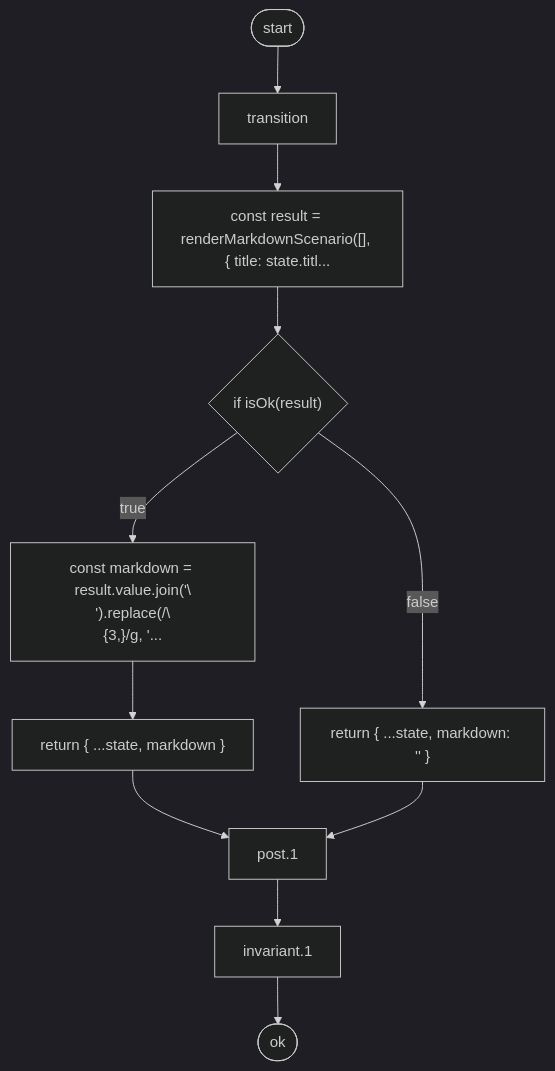
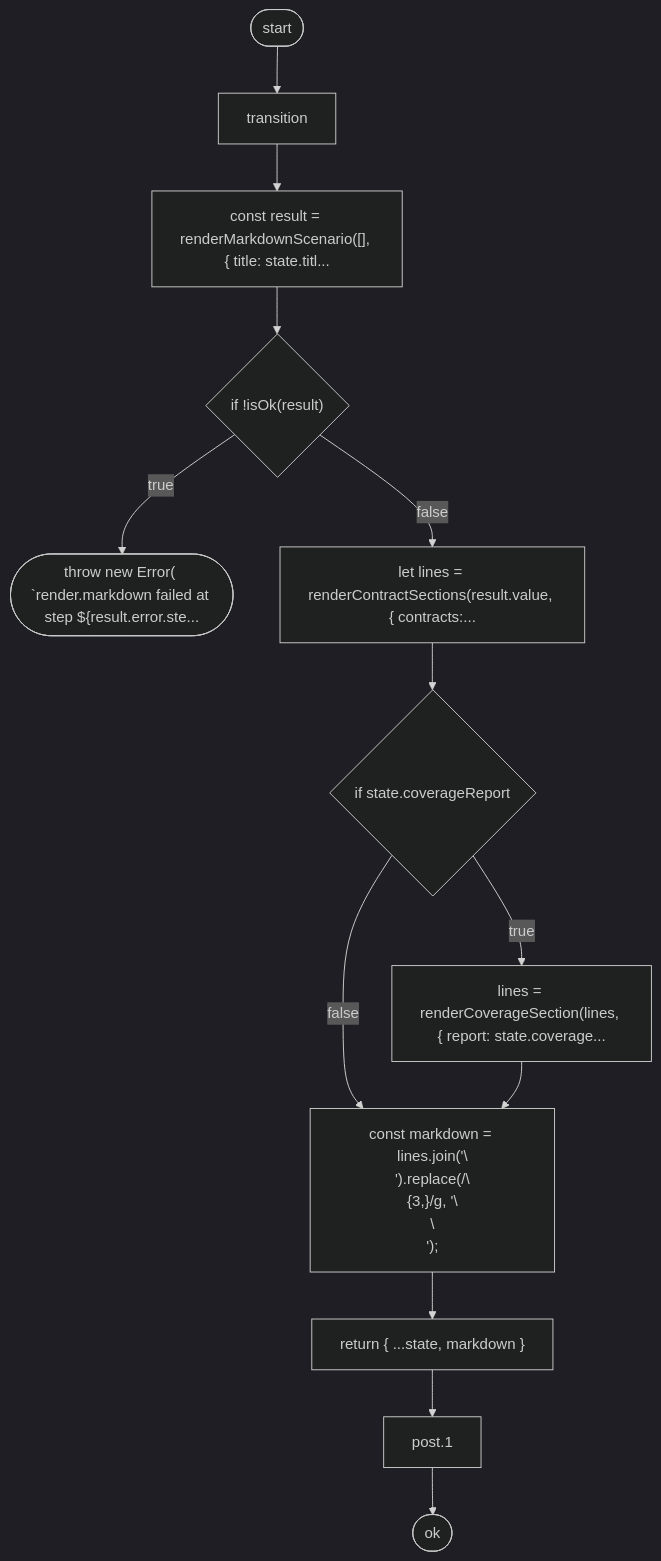
One commit to fyuuki0jp/seizu changed the eighth of 13 diagrams in packages/kata-cli/docs/contracts.md. Above: the diagram before and after it, drawn with Mermaid (dark theme). The commit also changed other lines of this file and 42 other files, not shown here.

````diff
--- a/packages/kata-cli/docs/contracts.md
+++ b/packages/kata-cli/docs/contracts.md
@@ -494,23 +502,27 @@
 ```mermaid
 flowchart TD
   n1(["start"])
   n2(["ok"])
   n3["transition"]
   n4["const result = renderMarkdownScenario([], { title: state.titl..."]
-  n5{"if isOk(result)"}
-  n6["const markdown = result.value.join('\\n').replace(/\\n{3,}/g, '..."]
-  n7["return { ...state, markdown }"]
-  n8["return { ...state, markdown: '' }"]
-  n9["post.1"]
-  n10["invariant.1"]
+  n5{"if !isOk(result)"}
+  n6(["throw new Error( `render.markdown failed at step ${result.error.ste..."])
+  n7["let lines = renderContractSections(result.value, { contracts:..."]
+  n8{"if state.coverageReport"}
+  n9["lines = renderCoverageSection(lines, { report: state.coverage..."]
+  n10["const markdown = lines.join('\\n').replace(/\\n{3,}/g, '\\n\\n');"]
+  n11["return { ...state, markdown }"]
+  n12["post.1"]
   n1 --> n3
   n3 --> n4
   n4 --> n5
   n5 -->|true| n6
-  n5 -->|false| n8
-  n6 --> n7
-  n7 --> n9
-  n8 --> n9
+  n5 -->|false| n7
+  n7 --> n8
+  n8 -->|true| n9
+  n8 -->|false| n10
   n9 --> n10
-  n10 --> n2
+  n10 --> n11
+  n11 --> n12
+  n12 --> n2
 ```
````
